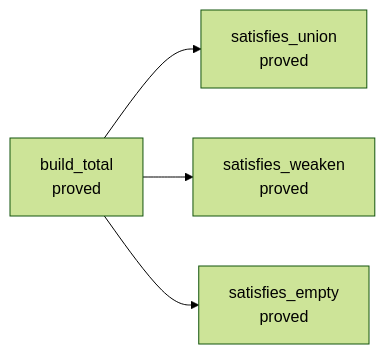
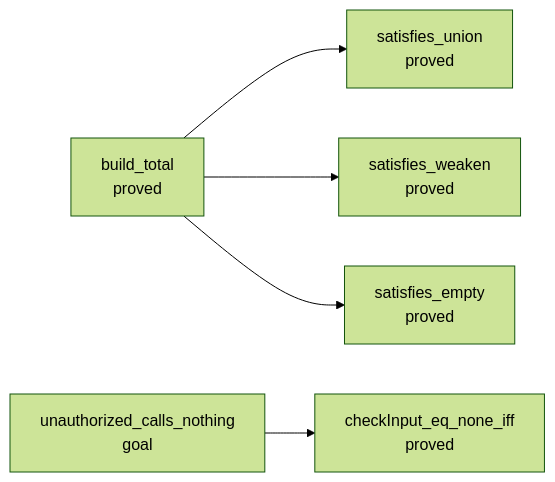
The fifth of 13 diagrams in generated/semantics.md (pure-algebra/lean4-effect4), drawn with Mermaid (forest theme) before and after one commit. The commit also changed other lines of this file and 5 other files, not shown here.

````diff
--- a/generated/semantics.md
+++ b/generated/semantics.md
@@ -2144,10 +2174,13 @@
 ```mermaid
 flowchart LR
   n0["build_total<br/>proved"]
-  n1["satisfies_union<br/>proved"]
-  n2["satisfies_weaken<br/>proved"]
-  n3["satisfies_empty<br/>proved"]
-  n0 --> n1
+  n1["unauthorized_calls_nothing<br/>goal"]
+  n2["satisfies_union<br/>proved"]
+  n3["satisfies_weaken<br/>proved"]
+  n4["satisfies_empty<br/>proved"]
+  n5["checkInput_eq_none_iff<br/>proved"]
   n0 --> n2
   n0 --> n3
+  n0 --> n4
+  n1 --> n5
 ```
````
